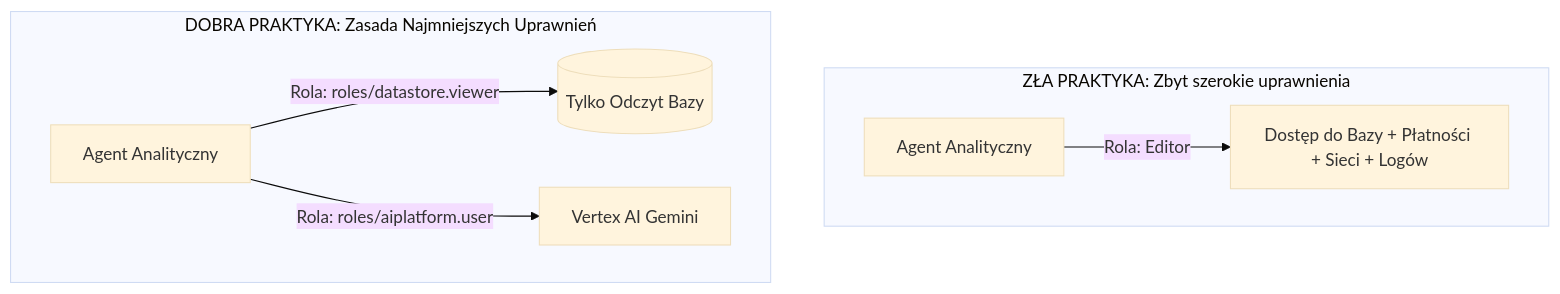
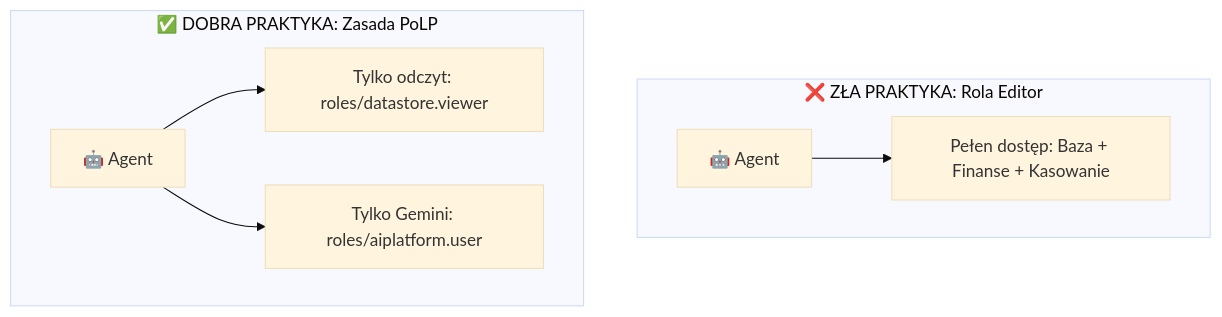
The third of 3 diagrams in docs/public/gcp-course/06-iam-fundamentals.md (majsterkovic/a2ui), drawn with Mermaid (base theme) before and after one commit. The commit also changed other lines of this file and 9 other files, not shown here.

Commit message:
docs: uproszczenie i poprawa czytelnosci diagramow w calym kursie

````diff
--- a/docs/public/gcp-course/06-iam-fundamentals.md
+++ b/docs/public/gcp-course/06-iam-fundamentals.md
@@ -88,11 +87,11 @@
 ```mermaid
 flowchart TD
-    subgraph Bad [ZŁA PRAKTYKA: Zbyt szerokie uprawnienia]
-        A1[Agent Analityczny] -->|Rola: Editor| P1[Dostęp do Bazy + Płatności + Sieci + Logów]
+    subgraph Bad [❌ ZŁA PRAKTYKA: Rola Editor]
+        A1["🤖 Agent"] --> P1["Pełen dostęp: Baza + Finanse + Kasowanie"]
     end
 
-    subgraph Good [DOBRA PRAKTYKA: Zasada Najmniejszych Uprawnień]
-        A2[Agent Analityczny] -->|Rola: roles/datastore.viewer| DB[(Tylko Odczyt Bazy)]
-        A2 -->|Rola: roles/aiplatform.user| VAI[Vertex AI Gemini]
+    subgraph Good [✅ DOBRA PRAKTYKA: Zasada PoLP]
+        A2["🤖 Agent"] --> P2["Tylko odczyt: roles/datastore.viewer"]
+        A2 --> P3["Tylko Gemini: roles/aiplatform.user"]
     end
 ```
````
